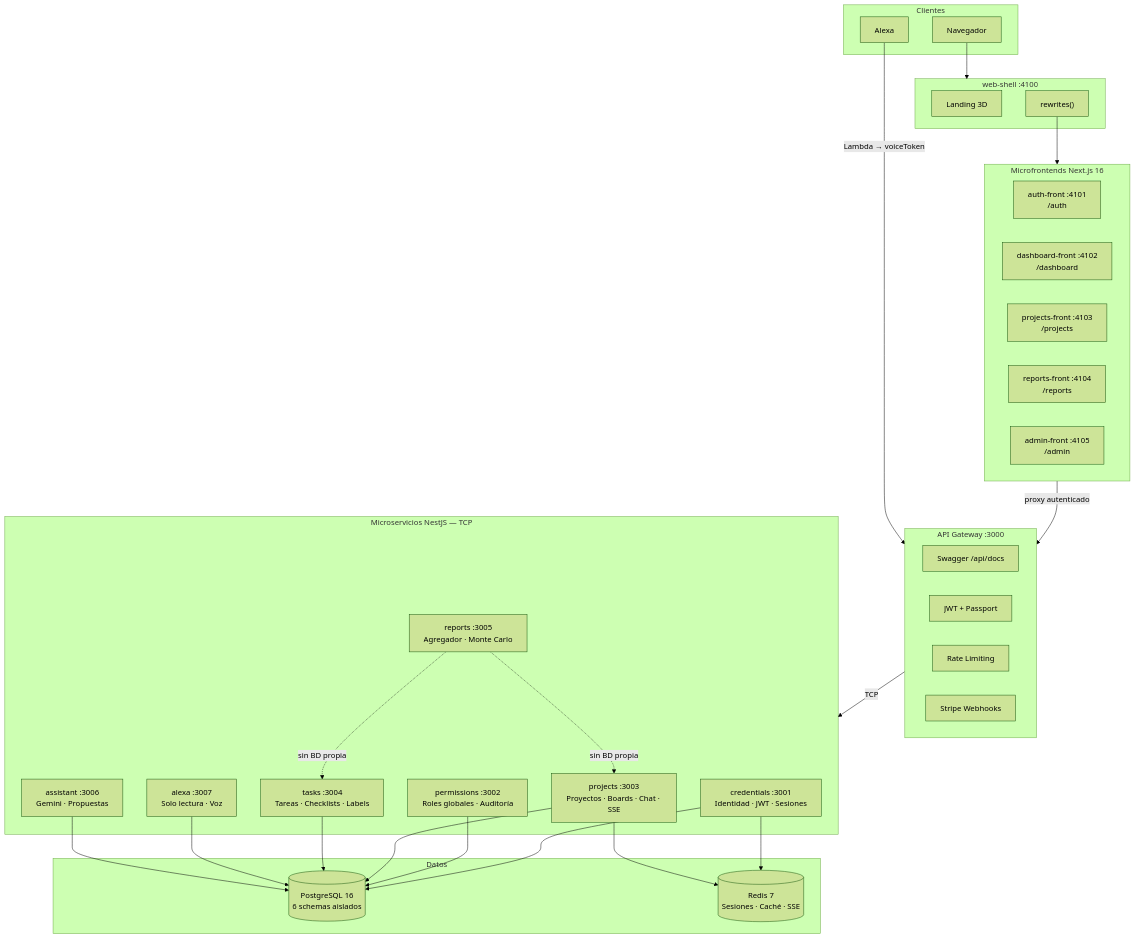
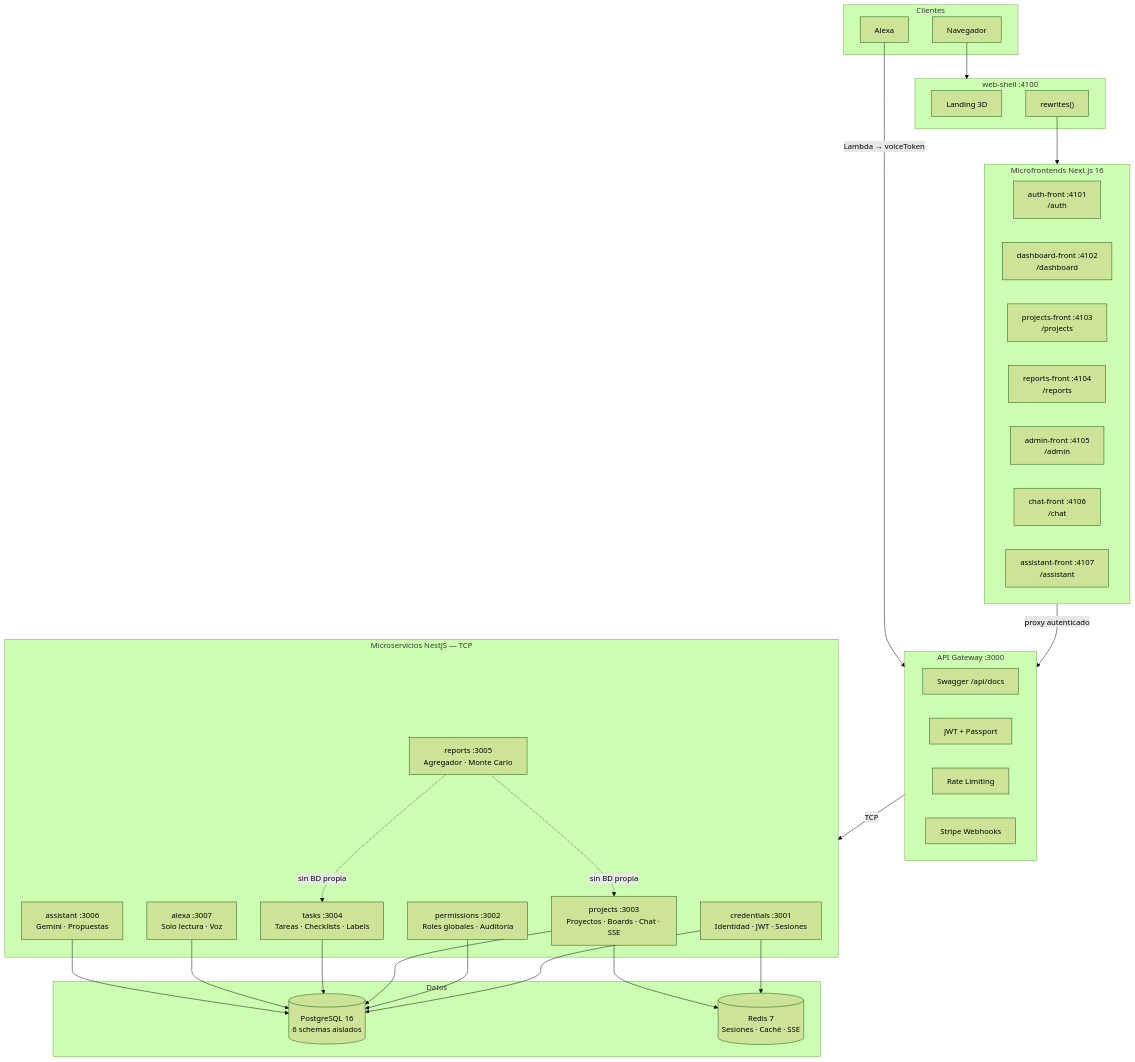
The diagram in README.md (Ander-tsx/PRAXIS), drawn with Mermaid (forest theme) before and after one commit. The commit also changed other lines of this file, not shown here.

Commit message:
docs: actualizar diagrama de arquitectura y microfrontends

````diff
--- a/README.md
+++ b/README.md
@@ -55,51 +55,53 @@
 ```mermaid
 flowchart TB
     subgraph Clientes
         Browser["Navegador"]
         AlexaDevice["Alexa"]
     end
 
     subgraph shell["web-shell :4100"]
         Landing["Landing 3D"]
         Rewrites["rewrites()"]
     end
 
     subgraph zones["Microfrontends Next.js 16"]
         Auth["auth-front :4101\n/auth"]
         Dash["dashboard-front :4102\n/dashboard"]
         Proj["projects-front :4103\n/projects"]
         Rep["reports-front :4104\n/reports"]
         Adm["admin-front :4105\n/admin"]
+        Chat["chat-front :4106\n/chat"]
+        AsstF["assistant-front :4107\n/assistant"]
     end
 
     subgraph gw["API Gateway :3000"]
         Swagger["Swagger /api/docs"]
         JWT["JWT + Passport"]
         Throttle["Rate Limiting"]
         StripeWH["Stripe Webhooks"]
     end
 
     subgraph services["Microservicios NestJS — TCP"]
         Cred["credentials :3001\nIdentidad · JWT · Sesiones"]
         Perm["permissions :3002\nRoles globales · Auditoría"]
         ProjS["projects :3003\nProyectos · Boards · Chat · SSE"]
         Task["tasks :3004\nTareas · Checklists · Labels"]
         RepS["reports :3005\nAgregador · Monte Carlo"]
         Asst["assistant :3006\nGemini · Propuestas"]
         Alex["alexa :3007\nSolo lectura · Voz"]
     end
 
     subgraph data["Datos"]
         PG[("PostgreSQL 16\n6 schemas aislados")]
         Redis[("Redis 7\nSesiones · Caché · SSE")]
     end
 
     Browser --> shell
     Rewrites --> zones
     zones -->|proxy autenticado| gw
     AlexaDevice -->|Lambda → voiceToken| gw
     gw -->|TCP| services
     Cred & Perm & ProjS & Task & Alex & Asst --> PG
     RepS -.->|"sin BD propia"| Task & ProjS
     Cred & ProjS --> Redis
 ```
````
